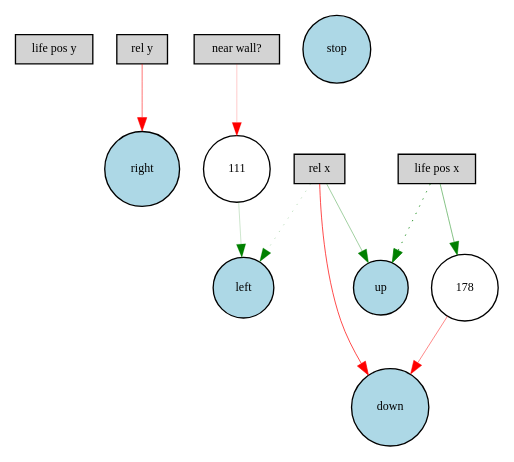
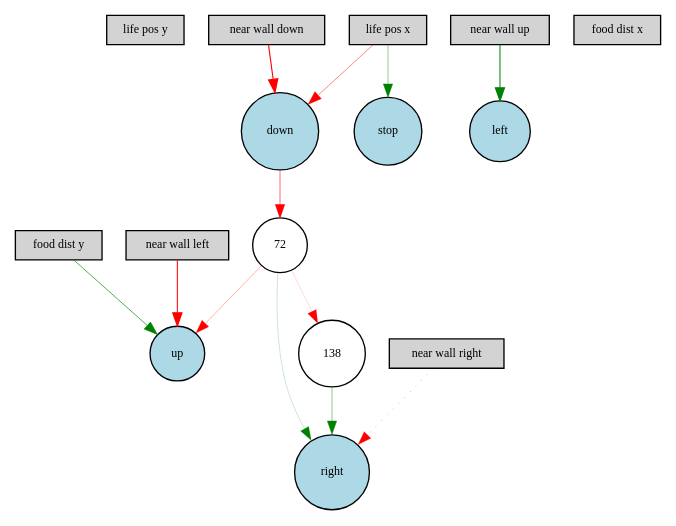
One commit to Elphiie/NEAT-practice changed the diagram in Digraph.gv. Above: the diagram before and after it, drawn with Graphviz. The commit also changed 13 other files, not shown here.

```diff
--- a/Digraph.gv
+++ b/Digraph.gv
@@ -1,24 +1,30 @@
 digraph {
 	node [fontsize=9 height=0.3 shape=circle width=0.3]
 	"life pos y" [fillcolor=lightgray shape=box style=filled]
-	"rel y" [fillcolor=lightgray shape=box style=filled]
-	"near wall?" [fillcolor=lightgray shape=box style=filled]
-	"rel x" [fillcolor=lightgray shape=box style=filled]
+	"near wall down" [fillcolor=lightgray shape=box style=filled]
+	"food dist y" [fillcolor=lightgray shape=box style=filled]
+	"near wall up" [fillcolor=lightgray shape=box style=filled]
+	"food dist x" [fillcolor=lightgray shape=box style=filled]
+	"near wall right" [fillcolor=lightgray shape=box style=filled]
 	"life pos x" [fillcolor=lightgray shape=box style=filled]
+	"near wall left" [fillcolor=lightgray shape=box style=filled]
 	stop [fillcolor=lightblue style=filled]
 	up [fillcolor=lightblue style=filled]
 	down [fillcolor=lightblue style=filled]
 	left [fillcolor=lightblue style=filled]
 	right [fillcolor=lightblue style=filled]
-	111 [fillcolor=white style=filled]
-	178 [fillcolor=white style=filled]
-	"rel x" -> left [color=green penwidth=0.1871793255617697 style=dotted]
-	"rel y" -> right [color=red penwidth=0.413198338618076 style=solid]
-	"life pos x" -> up [color=green penwidth=0.6103507799766322 style=dotted]
-	"rel x" -> down [color=red penwidth=0.5258515366727168 style=solid]
-	"rel x" -> up [color=green penwidth=0.28422773486727915 style=solid]
-	"near wall?" -> 111 [color=red penwidth=0.1605409371942163 style=solid]
-	111 -> left [color=green penwidth=0.14900813777521893 style=solid]
-	"life pos x" -> 178 [color=green penwidth=0.3622663416019759 style=solid]
-	178 -> down [color=red penwidth=0.35165604951285223 style=solid]
+	72 [fillcolor=white style=filled]
+	138 [fillcolor=white style=filled]
+	"food dist y" -> up [color=green penwidth=0.5045879035365728 style=solid]
+	"near wall up" -> left [color=green penwidth=0.7617608737121053 style=solid]
+	"near wall down" -> down [color=red penwidth=0.8538463573220828 style=solid]
+	"near wall left" -> up [color=red penwidth=0.781224488318176 style=solid]
+	"near wall right" -> right [color=red penwidth=0.21150738999807311 style=dotted]
+	"life pos x" -> down [color=red penwidth=0.359733766224952 style=solid]
+	72 -> right [color=green penwidth=0.146237854916344 style=solid]
+	72 -> up [color=red penwidth=0.2318930609211489 style=solid]
+	72 -> 138 [color=red penwidth=0.11099147953623974 style=solid]
+	138 -> right [color=green penwidth=0.32887757263571693 style=solid]
+	down -> 72 [color=red penwidth=0.4310922908500311 style=solid]
+	"life pos x" -> stop [color=green penwidth=0.3188480488465534 style=solid]
 }
```
